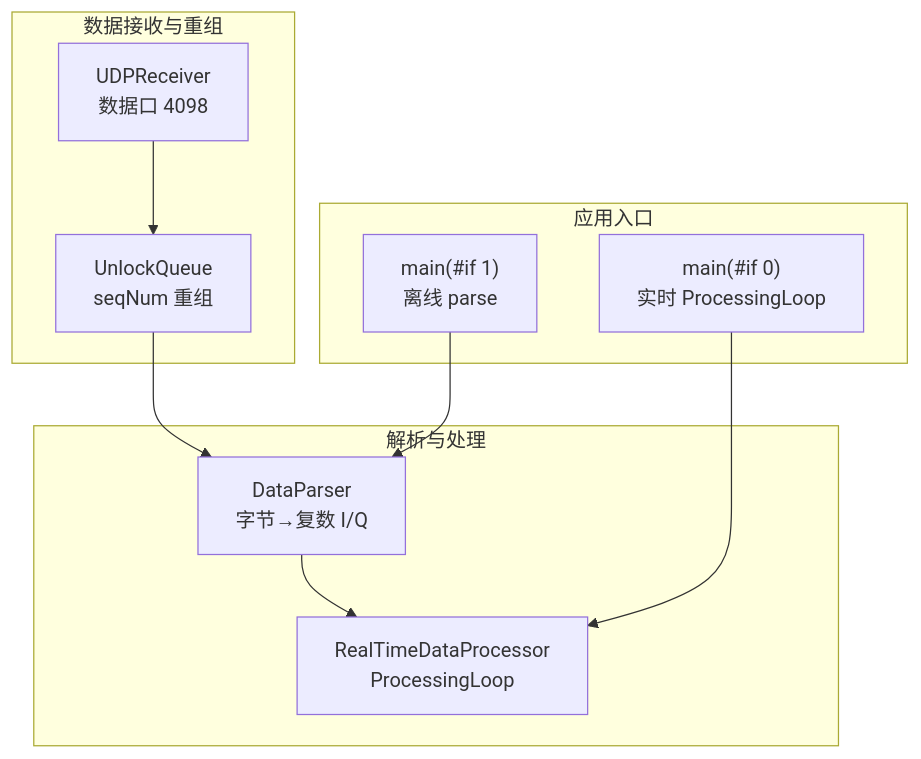
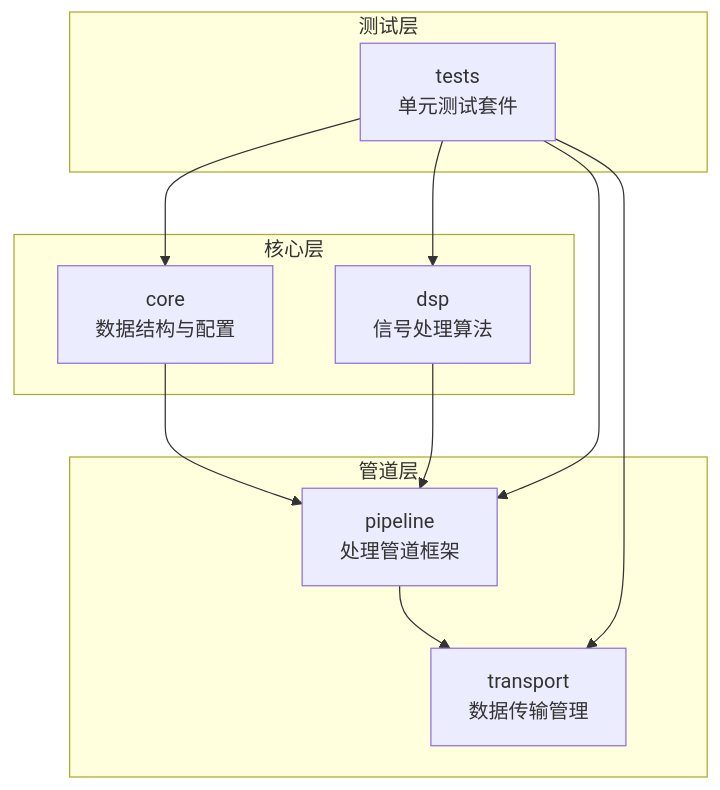
Before and after one commit to Lukad77/awr1843-radar-toolkit: the first of 3 diagrams in .qoder/repowiki/zh/content/数据处理流程扩展开发指南.md, drawn with Mermaid. The commit also changed other lines of this file and 5 other files, not shown here.

````diff
--- a/.qoder/repowiki/zh/content/数据处理流程扩展开发指南.md
+++ b/.qoder/repowiki/zh/content/数据处理流程扩展开发指南.md
@@ -50,18 +51,21 @@
 ```mermaid
 graph TB
-subgraph "数据接收与重组"
-UDP["UDPReceiver<br/>数据口 4098"]
-Queue["UnlockQueue<br/>seqNum 重组"]
+subgraph "核心层"
+Core["core<br/>数据结构与配置"]
+DSP["dsp<br/>信号处理算法"]
 end
-subgraph "解析与处理"
-Parser["DataParser<br/>字节→复数 I/Q"]
-RTProc["RealTimeDataProcessor<br/>ProcessingLoop"]
+subgraph "管道层"
+Pipeline["pipeline<br/>处理管道框架"]
+Transport["transport<br/>数据传输管理"]
 end
-subgraph "应用入口"
-MainOff["main(#if 1)<br/>离线 parse"]
-MainRT["main(#if 0)<br/>实时 ProcessingLoop"]
+subgraph "测试层"
+Tests["tests<br/>单元测试套件"]
 end
-UDP --> Queue --> Parser --> RTProc
-MainOff --> Parser
-MainRT --> RTProc
+Core --> Pipeline
+DSP --> Pipeline
+Pipeline --> Transport
+Tests --> Core
+Tests --> DSP
+Tests --> Pipeline
+Tests --> Transport
 ```
````
